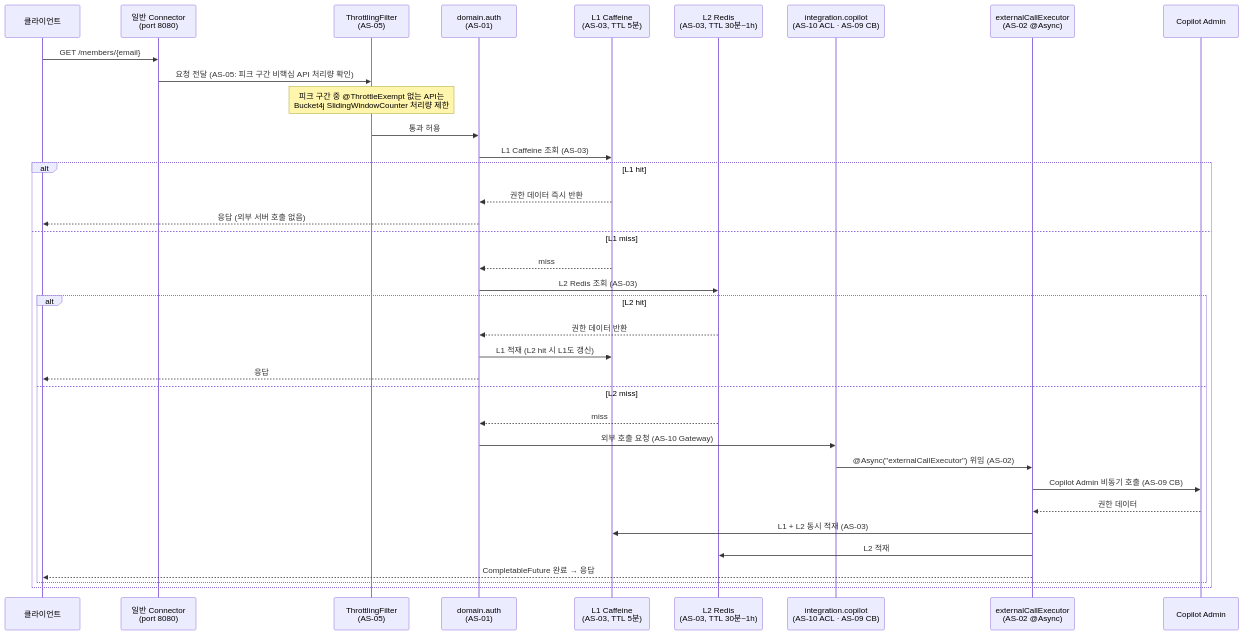
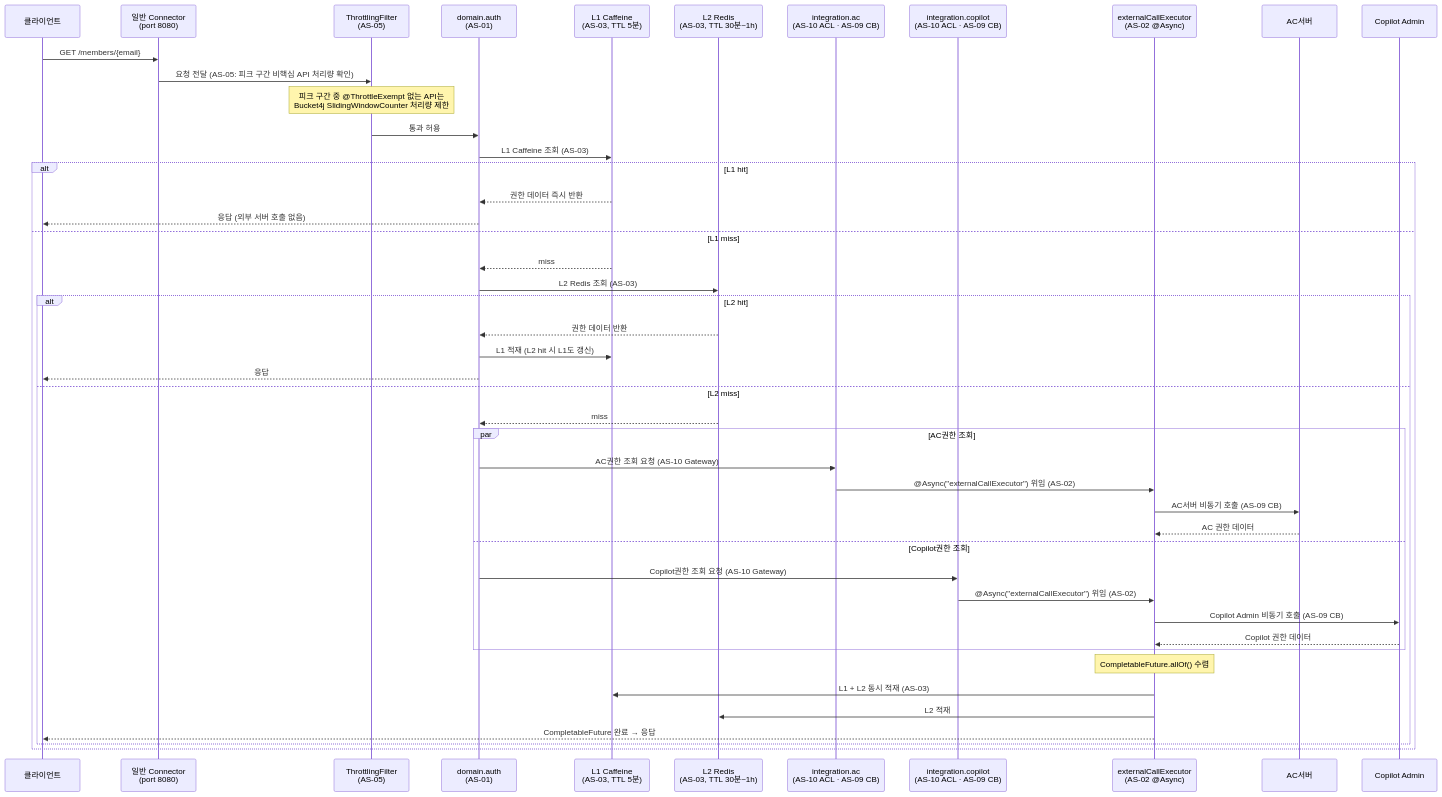
One commit to sujinnkim/A_Personal changed the second of 5 diagrams in docs/05-architecture-design/4.2-execution/4.2.1-runtime-view/overview.md. Above: the diagram before and after it, drawn with Mermaid. The commit also changed other lines of this file and 5 other files, not shown here.

````diff
--- a/docs/05-architecture-design/4.2-execution/4.2.1-runtime-view/overview.md
+++ b/docs/05-architecture-design/4.2-execution/4.2.1-runtime-view/overview.md
@@ -57,41 +57,51 @@
 ```mermaid
 sequenceDiagram
     participant C as 클라이언트
     participant CON as 일반 Connector<br/>(port 8080)
     participant TF as ThrottlingFilter<br/>(AS-05)
     participant DA as domain.auth<br/>(AS-01)
     participant L1 as L1 Caffeine<br/>(AS-03, TTL 5분)
     participant L2 as L2 Redis<br/>(AS-03, TTL 30분~1h)
+    participant AC_INT as integration.ac<br/>(AS-10 ACL · AS-09 CB)
     participant CP_INT as integration.copilot<br/>(AS-10 ACL · AS-09 CB)
     participant EX as externalCallExecutor<br/>(AS-02 @Async)
+    participant ACS as AC서버
     participant CPS as Copilot Admin
 
     C->>CON: GET /members/{email}
     CON->>TF: 요청 전달 (AS-05: 피크 구간 비핵심 API 처리량 확인)
     Note over TF: 피크 구간 중 @ThrottleExempt 없는 API는<br/>Bucket4j SlidingWindowCounter 처리량 제한
 
     TF->>DA: 통과 허용
 
     DA->>L1: L1 Caffeine 조회 (AS-03)
     alt L1 hit
         L1-->>DA: 권한 데이터 즉시 반환
         DA-->>C: 응답 (외부 서버 호출 없음)
     else L1 miss
         L1-->>DA: miss
         DA->>L2: L2 Redis 조회 (AS-03)
         alt L2 hit
             L2-->>DA: 권한 데이터 반환
             DA->>L1: L1 적재 (L2 hit 시 L1도 갱신)
             DA-->>C: 응답
         else L2 miss
             L2-->>DA: miss
-            DA->>CP_INT: 외부 호출 요청 (AS-10 Gateway)
-            CP_INT->>EX: @Async("externalCallExecutor") 위임 (AS-02)
-            EX->>CPS: Copilot Admin 비동기 호출 (AS-09 CB)
-            CPS-->>EX: 권한 데이터
+            par AC권한 조회
+                DA->>AC_INT: AC권한 조회 요청 (AS-10 Gateway)
+                AC_INT->>EX: @Async("externalCallExecutor") 위임 (AS-02)
+                EX->>ACS: AC서버 비동기 호출 (AS-09 CB)
+                ACS-->>EX: AC 권한 데이터
+            and Copilot권한 조회
+                DA->>CP_INT: Copilot권한 조회 요청 (AS-10 Gateway)
+                CP_INT->>EX: @Async("externalCallExecutor") 위임 (AS-02)
+                EX->>CPS: Copilot Admin 비동기 호출 (AS-09 CB)
+                CPS-->>EX: Copilot 권한 데이터
+            end
+            Note over EX: CompletableFuture.allOf() 수렴
             EX->>L1: L1 + L2 동시 적재 (AS-03)
             EX->>L2: L2 적재
             EX-->>C: CompletableFuture 완료 → 응답
         end
     end
 ```
````
